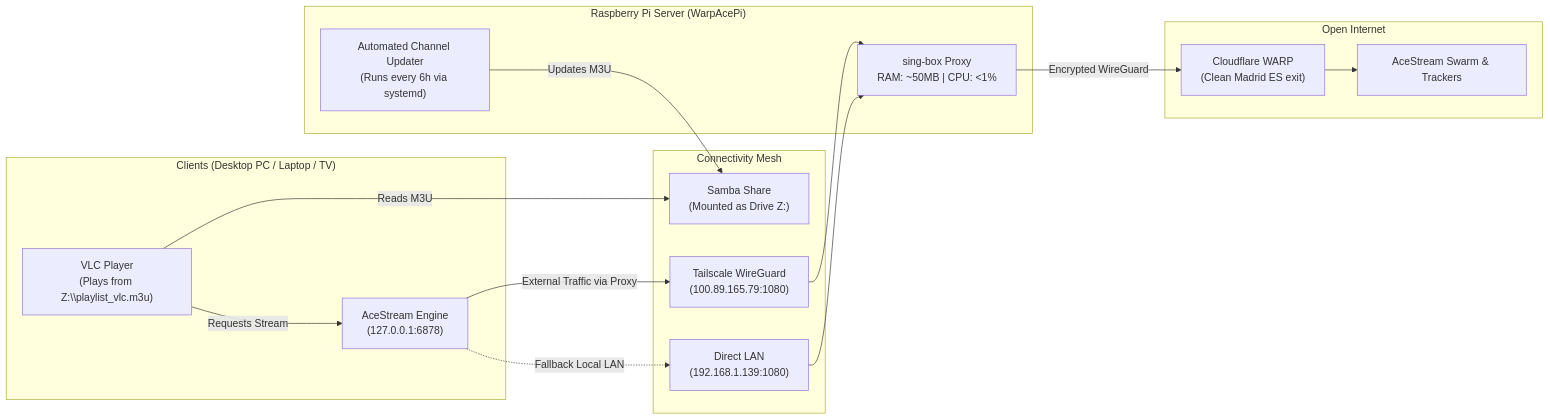
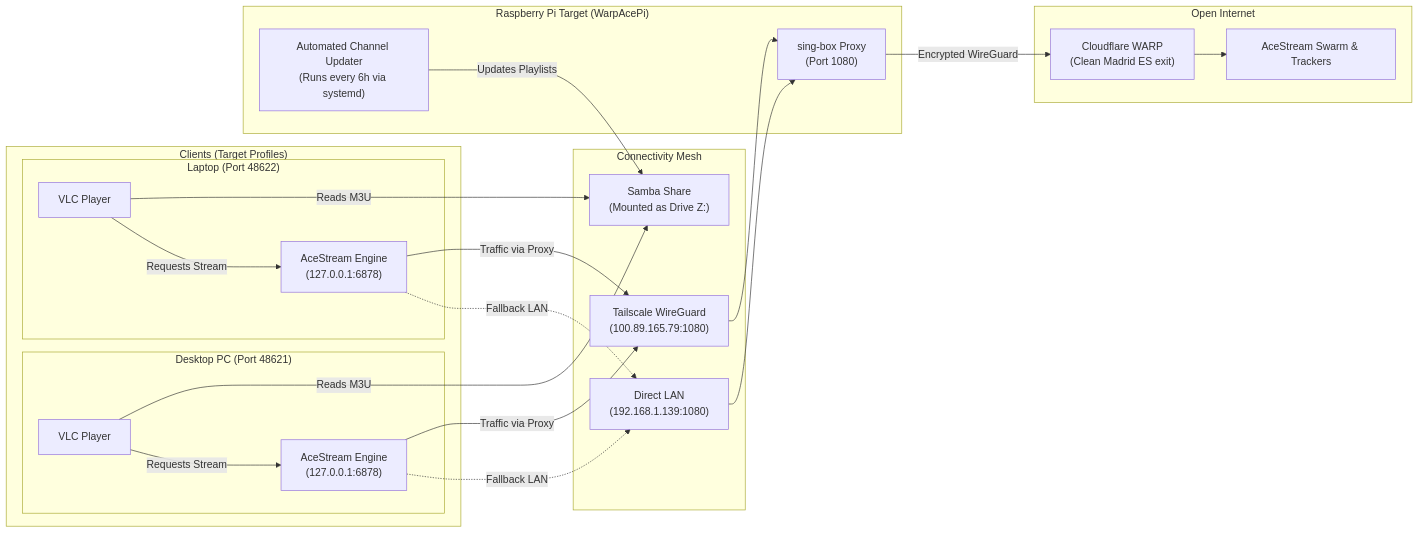
One commit to hvepo/acestream-warp-bridge changed the diagram in README.md. Above: the diagram before and after it, drawn with Mermaid. The commit also changed other lines of this file and 48 other files, not shown here.

Commit message:
feat(targets): reorganize repository by dedicated target profiles and enforce strict zero desktop pollution policy

````diff
--- a/README.md
+++ b/README.md
@@ -30,33 +34,43 @@
 ```mermaid
 flowchart LR
-    subgraph Clients ["Clients (Desktop PC / Laptop / TV)"]
-        VLC["VLC Player\n(Plays from Z:\\playlist_vlc.m3u)"]
-        A["AceStream Engine\n(127.0.0.1:6878)"]
+    subgraph Clients ["Clients (Target Profiles)"]
+        subgraph DT ["Desktop PC (Port 48621)"]
+            VLC1["VLC Player"]
+            A1["AceStream Engine\n(127.0.0.1:6878)"]
+        end
+        subgraph LT ["Laptop (Port 48622)"]
+            VLC2["VLC Player"]
+            A2["AceStream Engine\n(127.0.0.1:6878)"]
+        end
     end
 
     subgraph Network ["Connectivity Mesh"]
         T["Tailscale WireGuard\n(100.89.165.79:1080)"]
         L["Direct LAN\n(192.168.1.139:1080)"]
         SMB["Samba Share\n(Mounted as Drive Z:)"]
     end
 
-    subgraph RPi ["Raspberry Pi Server (WarpAcePi)"]
-        S["sing-box Proxy\nRAM: ~50MB | CPU: <1%"]
+    subgraph RPi ["Raspberry Pi Target (WarpAcePi)"]
+        S["sing-box Proxy\n(Port 1080)"]
         P["Automated Channel Updater\n(Runs every 6h via systemd)"]
     end
 
     subgraph Internet ["Open Internet"]
         CF["Cloudflare WARP\n(Clean Madrid ES exit)"]
         P2P["AceStream Swarm & Trackers"]
     end
 
-    VLC -->|"Reads M3U"| SMB
-    VLC -->|"Requests Stream"| A
-    A -->|"External Traffic via Proxy"| T
-    A -.->|"Fallback Local LAN"| L
+    VLC1 -->|"Reads M3U"| SMB
+    VLC2 -->|"Reads M3U"| SMB
+    VLC1 -->|"Requests Stream"| A1
+    VLC2 -->|"Requests Stream"| A2
+    A1 -->|"Traffic via Proxy"| T
+    A2 -->|"Traffic via Proxy"| T
+    A1 -.->|"Fallback LAN"| L
+    A2 -.->|"Fallback LAN"| L
     T --> S
     L --> S
     S -->|"Encrypted WireGuard"| CF
     CF --> P2P
-    P -->|"Updates M3U"| SMB
+    P -->|"Updates Playlists"| SMB
 ```
````
